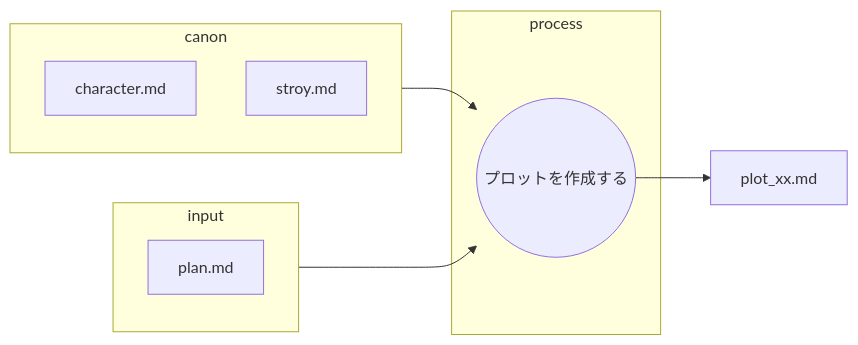
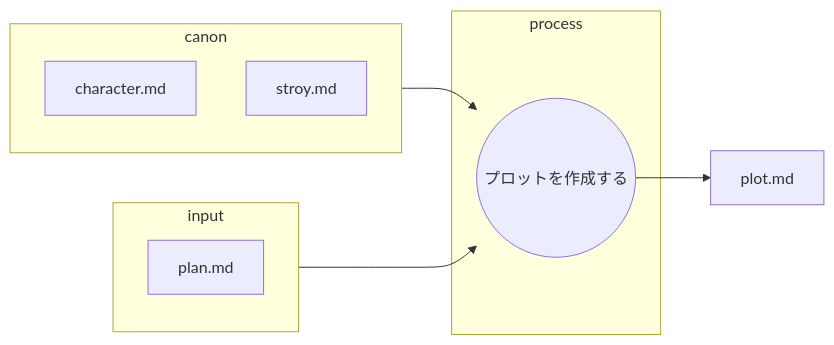
One commit to yomai-hiyashidewa/novel_workflow changed the diagram in prompts/plotter.md. Above: the diagram before and after it, drawn with Mermaid. The commit also changed other lines of this file and 12 other files, not shown here.

````diff
--- a/prompts/plotter.md
+++ b/prompts/plotter.md
@@ -5,26 +5,26 @@
 ```mermaid
 graph LR
 
     subgraph input
         md1[plan.md]
     end
 
     subgraph canon
         c_character[character.md]
         c_story[stroy.md]
         
     end
 
-    product[plot_xx.md]
+    product[plot.md]
 
 
     subgraph process
         process_plot((プロットを作成する))
     end
 
     canon --> process_plot
     input --> process_plot
     process_plot --> product
 
 
 ```
````
